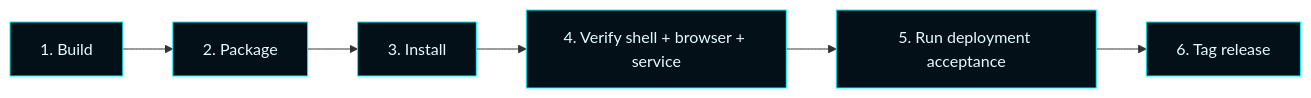
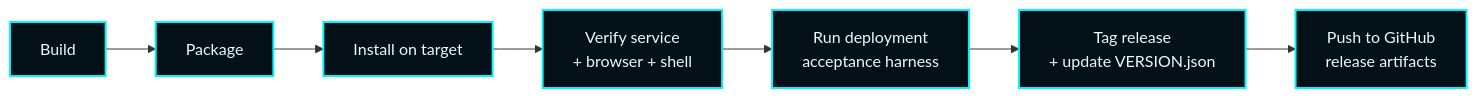
Before and after one commit to flynn33/Master-Control-Orchestration-Server: the fifth of 5 diagrams in docs/wiki/Operations.md, drawn with Mermaid. The commit also changed other lines of this file and 66 other files, not shown here.

````diff
--- a/docs/wiki/Operations.md
+++ b/docs/wiki/Operations.md
@@ -95,8 +209,10 @@
 ```mermaid
 flowchart LR
-    classDef accent fill:#031018,stroke:#00F6FF,color:#E6FCFF;
-    A[1. Build]:::accent --> B[2. Package]:::accent --> C[3. Install]:::accent
-    C --> D[4. Verify shell + browser + service]:::accent
-    D --> E[5. Run deployment acceptance]:::accent
-    E --> F[6. Tag release]:::accent
+    classDef accent fill:#031018,stroke:#00F6FF,color:#E6FCFF,stroke-width:2px;
+    A[Build]:::accent --> B[Package]:::accent
+    B --> C[Install on target]:::accent
+    C --> D[Verify service<br/>+ browser + shell]:::accent
+    D --> E[Run deployment<br/>acceptance harness]:::accent
+    E --> F[Tag release<br/>+ update VERSION.json]:::accent
+    F --> G[Push to GitHub<br/>release artifacts]:::accent
 ```
````
